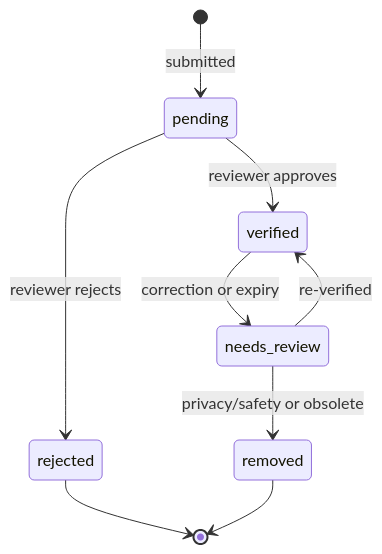
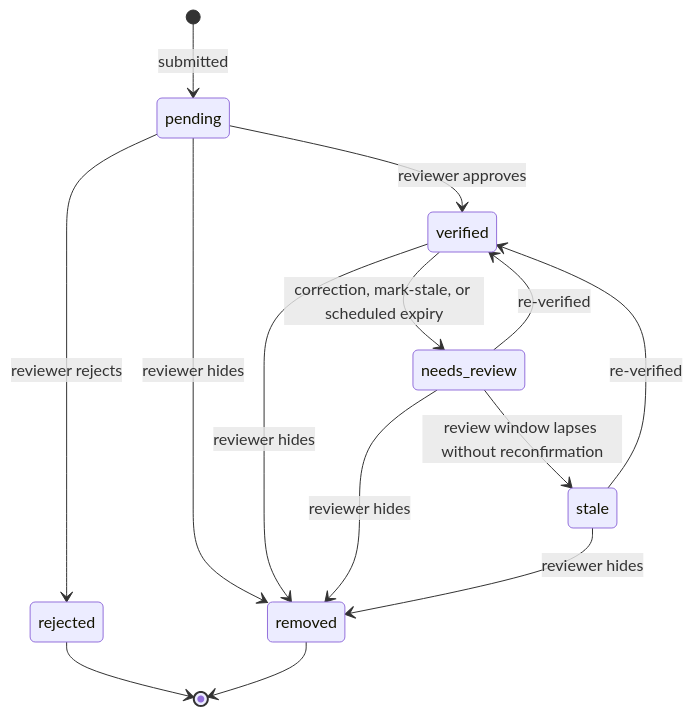
Before and after one commit to Syax89/open-surveillance-db: the first of 3 diagrams in docs/DATA_MODEL.md, drawn with Mermaid. The commit also changed other lines of this file, not shown here.

First line of the commit message:
docs(data-model): align DATA_MODEL.md with real schema and API routes

````diff
--- a/docs/DATA_MODEL.md
+++ b/docs/DATA_MODEL.md
@@ -44,11 +56,16 @@
 ```mermaid
 stateDiagram-v2
   [*] --> pending: submitted
   pending --> verified: reviewer approves
   pending --> rejected: reviewer rejects
-  verified --> needs_review: correction or expiry
+  pending --> removed: reviewer hides
+  verified --> needs_review: correction, mark-stale, or scheduled expiry
+  verified --> removed: reviewer hides
   needs_review --> verified: re-verified
-  needs_review --> removed: privacy/safety or obsolete
+  needs_review --> removed: reviewer hides
+  needs_review --> stale: review window lapses without reconfirmation
+  stale --> verified: re-verified
+  stale --> removed: reviewer hides
   rejected --> [*]
   removed --> [*]
 ```
````
